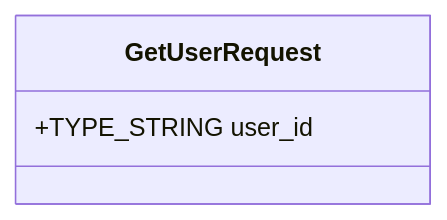
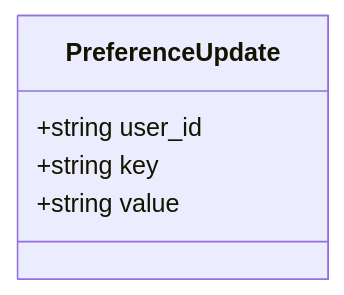
One commit to kyivinua/root changed diagram 47 of 47 in test-monorepo/docs/consolidated/UserService.md. Above: the diagram before and after it, drawn with Mermaid. The commit also changed other lines of this file and 5 other files, not shown here.

````diff
--- a/test-monorepo/docs/consolidated/UserService.md
+++ b/test-monorepo/docs/consolidated/UserService.md
@@ -1299,6 +2308,8 @@
 ```mermaid
 classDiagram
-    class GetUserRequest {
-        +TYPE_STRING user_id
+    class PreferenceUpdate {
+        +string user_id
+        +string key
+        +string value
     }
 ```
````
